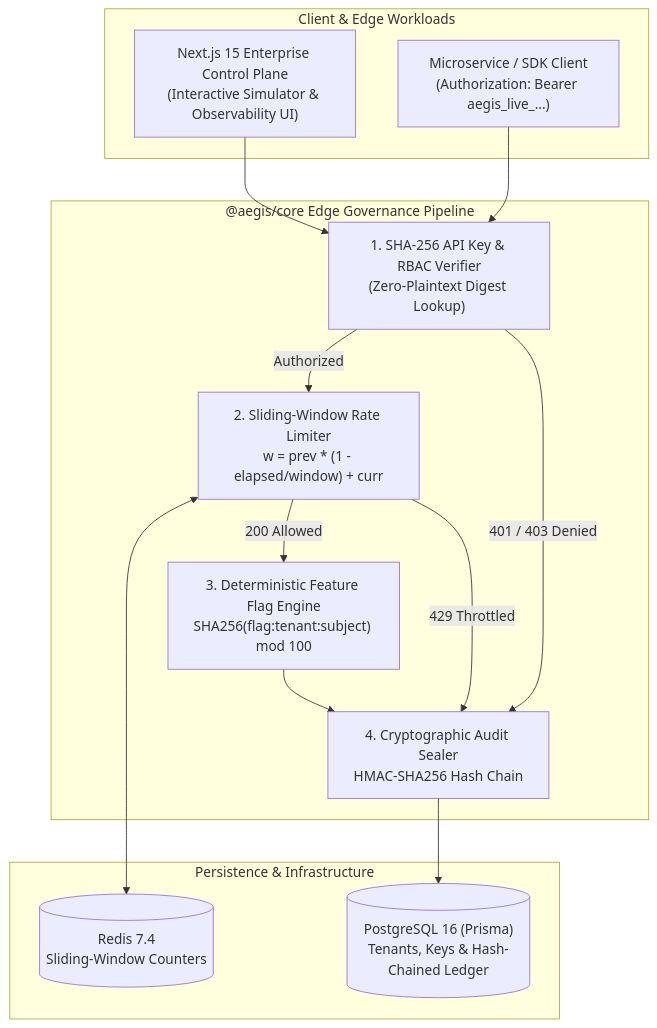
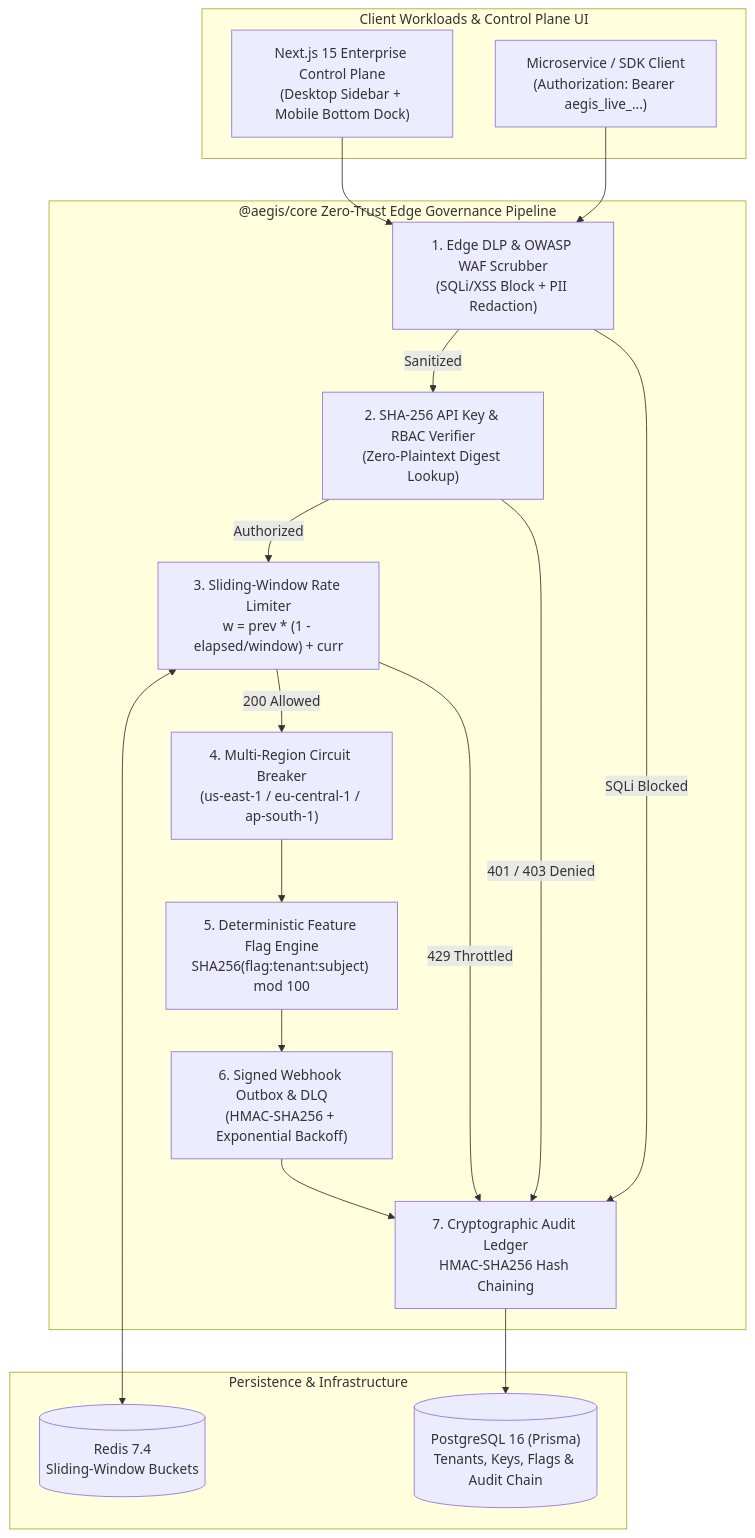
Before and after one commit to mesanda456/new: the diagram in README.md, drawn with Mermaid. The commit also changed other lines of this file, not shown here.

Commit message:
docs: comprehensive enterprise README documenting all 8 modules, architecture diagram, and walkthrough

````diff
--- a/README.md
+++ b/README.md
@@ -31,29 +44,36 @@
 ```mermaid
 flowchart TB
-    subgraph ClientLayer["Client & Edge Workloads"]
+    subgraph ClientLayer["Client Workloads & Control Plane UI"]
         SDK["Microservice / SDK Client\n(Authorization: Bearer aegis_live_...)"]
-        Console["Next.js 15 Enterprise Control Plane\n(Interactive Simulator & Observability UI)"]
+        Console["Next.js 15 Enterprise Control Plane\n(Desktop Sidebar + Mobile Bottom Dock)"]
     end
 
-    subgraph GatewayPipeline["@aegis/core Edge Governance Pipeline"]
-        Auth["1. SHA-256 API Key & RBAC Verifier\n(Zero-Plaintext Digest Lookup)"]
-        RateLimit["2. Sliding-Window Rate Limiter\nw = prev * (1 - elapsed/window) + curr"]
-        FlagEval["3. Deterministic Feature Flag Engine\nSHA256(flag:tenant:subject) mod 100"]
-        AuditSeal["4. Cryptographic Audit Sealer\nHMAC-SHA256 Hash Chain"]
+    subgraph EdgePipeline["@aegis/core Zero-Trust Edge Governance Pipeline"]
+        WAF["1. Edge DLP & OWASP WAF Scrubber\n(SQLi/XSS Block + PII Redaction)"]
+        Auth["2. SHA-256 API Key & RBAC Verifier\n(Zero-Plaintext Digest Lookup)"]
+        RateLimit["3. Sliding-Window Rate Limiter\nw = prev * (1 - elapsed/window) + curr"]
+        Circuit["4. Multi-Region Circuit Breaker\n(us-east-1 / eu-central-1 / ap-south-1)"]
+        FlagEval["5. Deterministic Feature Flag Engine\nSHA256(flag:tenant:subject) mod 100"]
+        Webhook["6. Signed Webhook Outbox & DLQ\n(HMAC-SHA256 + Exponential Backoff)"]
+        AuditSeal["7. Cryptographic Audit Ledger\nHMAC-SHA256 Hash Chaining"]
     end
 
-    subgraph StorageLayer["Persistence & Infrastructure"]
-        Redis[("Redis 7.4\nSliding-Window Counters")]
-        Postgres[("PostgreSQL 16 (Prisma)\nTenants, Keys & Hash-Chained Ledger")]
+    subgraph DataLayer["Persistence & Infrastructure"]
+        Redis[("Redis 7.4\nSliding-Window Buckets")]
+        Postgres[("PostgreSQL 16 (Prisma)\nTenants, Keys, Flags & Audit Chain")]
     end
 
-    SDK --> Auth
-    Console --> Auth
+    SDK --> WAF
+    Console --> WAF
+    WAF -->|SQLi Blocked| AuditSeal
+    WAF -->|Sanitized| Auth
     Auth -->|401 / 403 Denied| AuditSeal
     Auth -->|Authorized| RateLimit
     RateLimit <--> Redis
     RateLimit -->|429 Throttled| AuditSeal
-    RateLimit -->|200 Allowed| FlagEval
-    FlagEval --> AuditSeal
+    RateLimit -->|200 Allowed| Circuit
+    Circuit --> FlagEval
+    FlagEval --> Webhook
+    Webhook --> AuditSeal
     AuditSeal --> Postgres
 ```
````
